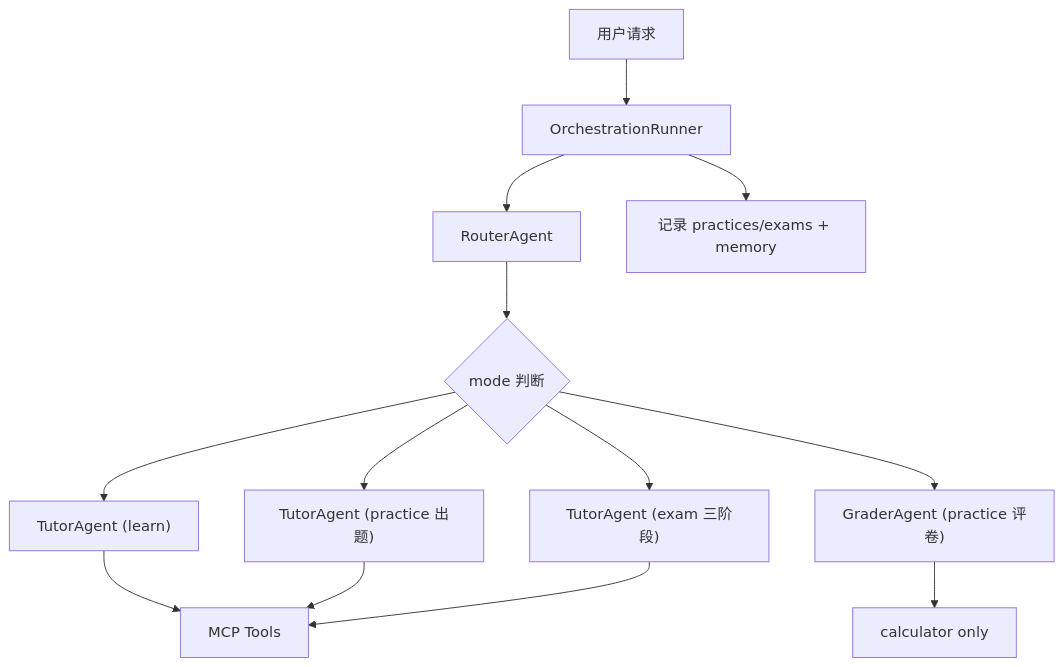
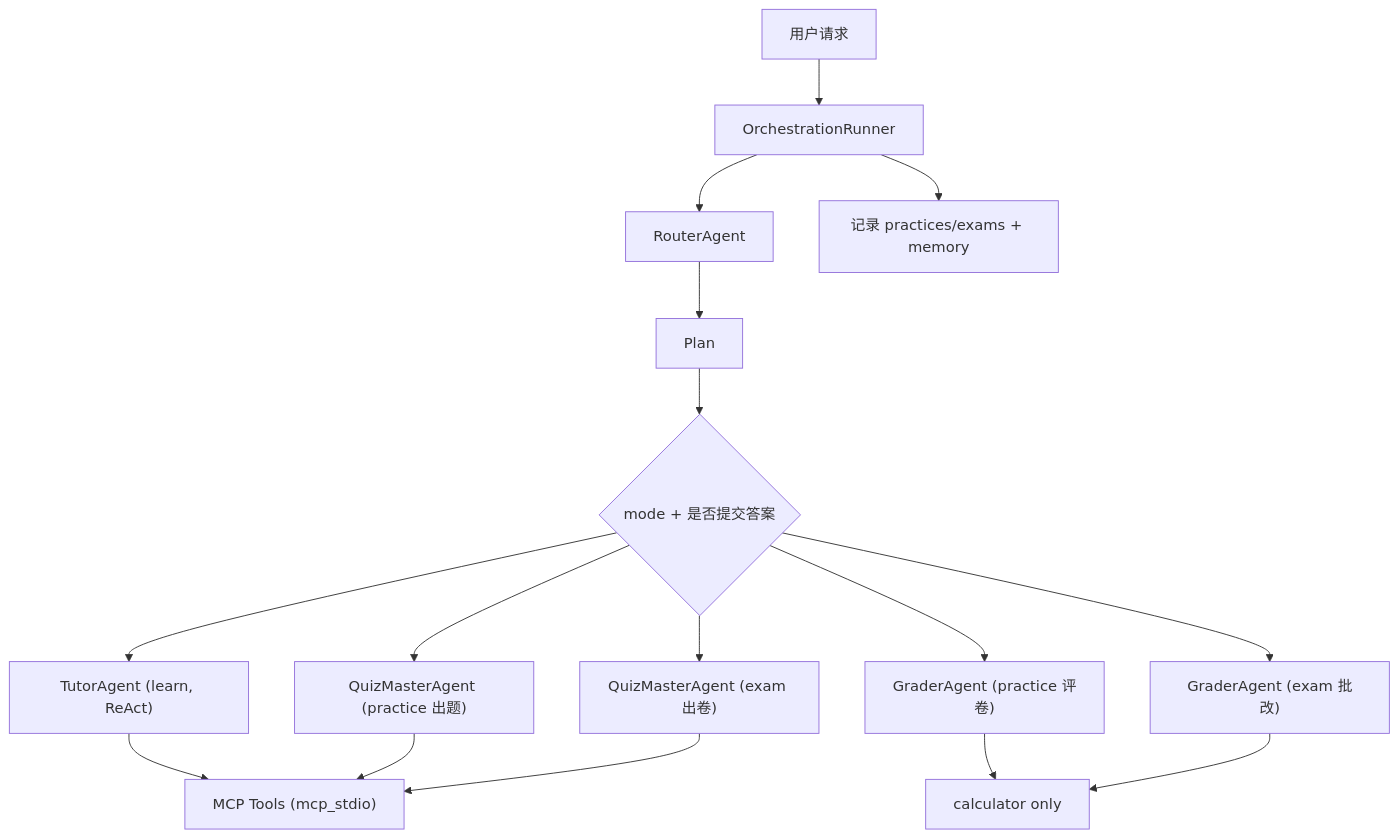
Before and after one commit to Eric-he-cn/course-pilot: the third of 5 diagrams in docs/ARCHITECTURE.md, drawn with Mermaid. The commit also changed other lines of this file and 37 other files, not shown here.

Commit message:
feat: finalize mcp workflow and align docs with current agent architecture

````diff
--- a/docs/ARCHITECTURE.md
+++ b/docs/ARCHITECTURE.md
@@ -110,18 +102,21 @@
 ```mermaid
 flowchart TD
     IN["用户请求"] --> RUN["OrchestrationRunner"]
     RUN --> RT["RouterAgent"]
-    RT --> DEC{"mode 判断"}
+    RT --> PLAN["Plan"]
+    PLAN --> DEC{"mode + 是否提交答案"}
 
-    DEC --> LEARN["TutorAgent (learn)"]
-    DEC --> PRACTICE_Q["TutorAgent (practice 出题)"]
+    DEC --> LEARN["TutorAgent (learn, ReAct)"]
+    DEC --> PRACTICE_Q["QuizMasterAgent (practice 出题)"]
+    DEC --> EXAM_Q["QuizMasterAgent (exam 出卷)"]
     DEC --> PRACTICE_G["GraderAgent (practice 评卷)"]
-    DEC --> EXAM["TutorAgent (exam 三阶段)"]
+    DEC --> EXAM_G["GraderAgent (exam 批改)"]
 
-    LEARN --> TOOLS["MCP Tools"]
+    LEARN --> TOOLS["MCP Tools (mcp_stdio)"]
     PRACTICE_Q --> TOOLS
-    EXAM --> TOOLS
+    EXAM_Q --> TOOLS
     PRACTICE_G --> CALC["calculator only"]
+    EXAM_G --> CALC
 
     RUN --> SAVE["记录 practices/exams + memory"]
 ```
````
